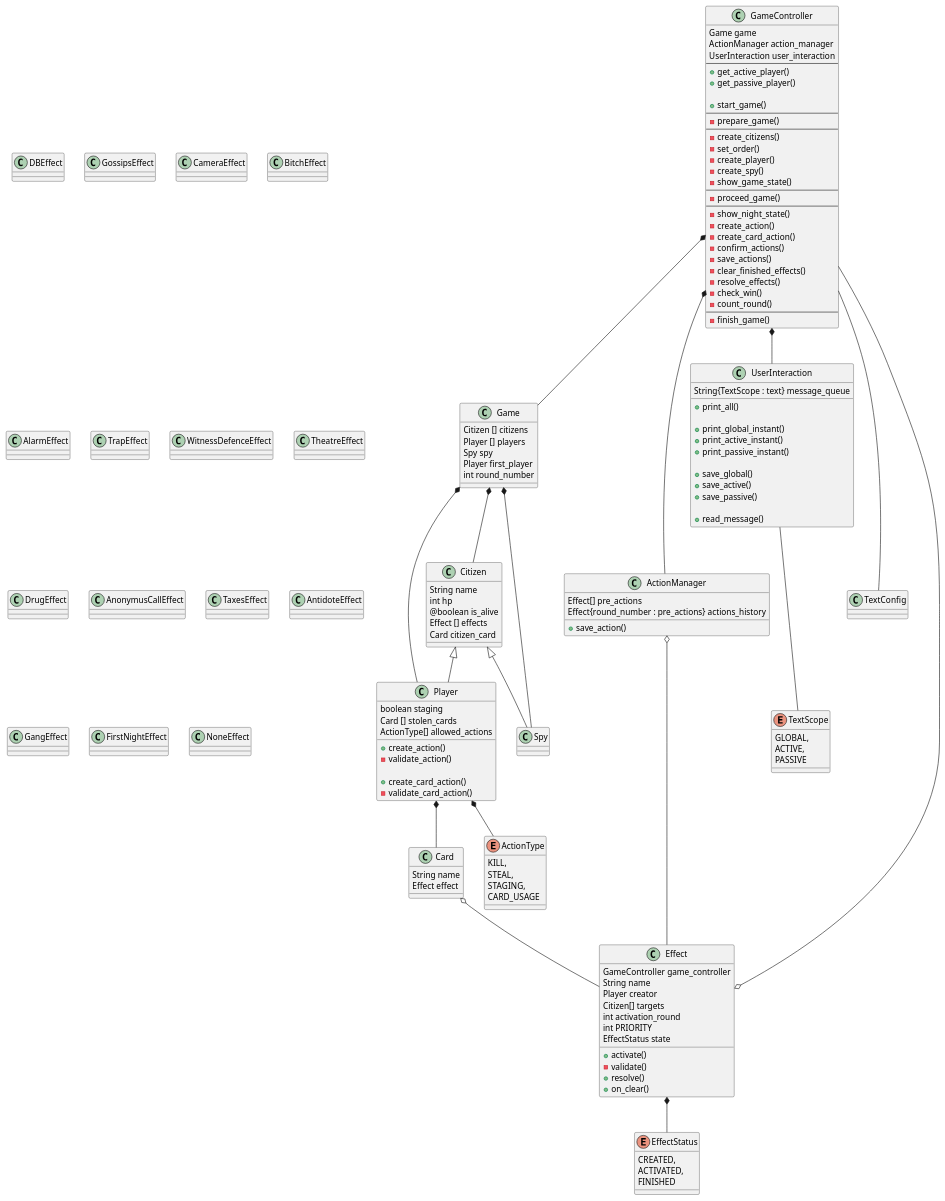
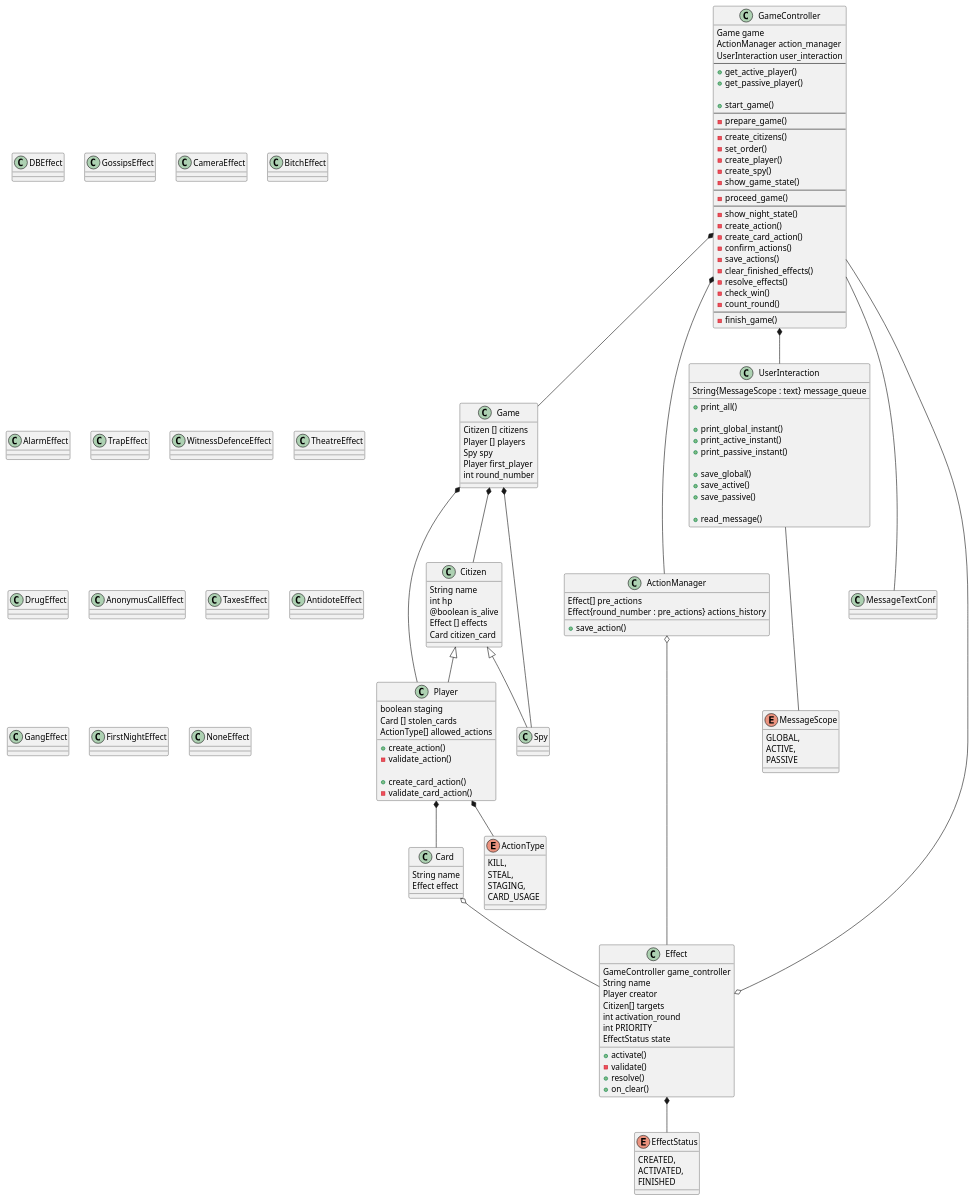
One commit to SurprisedBird/MurderBattleConsole changed the diagram in docs/MB_ARCHITECTURE.puml. Above: the diagram before and after it, drawn with PlantUML. The commit also changed 15 other files, not shown here.

```diff
--- a/docs/MB_ARCHITECTURE.puml
+++ b/docs/MB_ARCHITECTURE.puml
@@ -3,9 +3,9 @@
 GameController *-- Game
 GameController *-- ActionManager
 GameController *-- UserInteraction
-GameController --- TextConfig
+GameController --- MessageTextConf
 Effect o-- GameController
-UserInteraction --- TextScope
+UserInteraction --- MessageScope
 Game *-- Citizen
 Game *-- Player
 Game *-- Spy
@@ -16,7 +16,7 @@
 Effect *-- EffectStatus
 
 
-class Game{
+class Game {
     Citizen [] citizens
     Player [] players
     Spy spy
@@ -24,7 +24,7 @@
     int round_number
 }
 
-class TextConfig {
+class MessageTextConf {
 }
 
 class ActionManager {
@@ -35,7 +35,7 @@
 }
 
 class UserInteraction {
-   String{TextScope : text} message_queue
+   String{MessageScope : text} message_queue
 
    +print_all()
 
@@ -189,20 +189,20 @@
 
 }
 
-enum ActionType{
+enum ActionType {
     KILL,
     STEAL,
     STAGING,
     CARD_USAGE
 }
 
-enum EffectStatus{
+enum EffectStatus {
     CREATED,
     ACTIVATED,
     FINISHED
 }
 
-enum TextScope{
+enum MessageScope {
     GLOBAL,
     ACTIVE,
     PASSIVE
```
